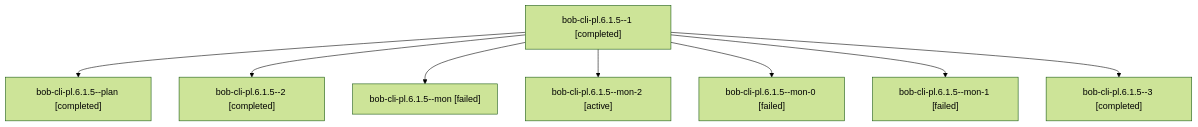
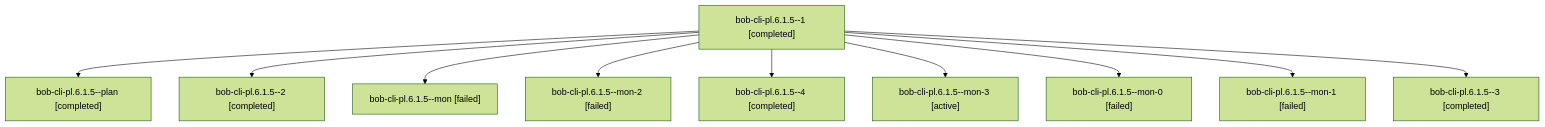
One commit to bobs-org/bob-cli--agents changed the diagram in sessions/bbugyi200.apollo.bob-cli-pl.6.1.5.md. Above: the diagram before and after it, drawn with Mermaid (forest theme). The commit also changed other lines of this file and 91 other files, not shown here.

````diff
--- a/sessions/bbugyi200.apollo.bob-cli-pl.6.1.5.md
+++ b/sessions/bbugyi200.apollo.bob-cli-pl.6.1.5.md
@@ -9,18 +9,22 @@
 ```mermaid
 flowchart TD
   n0["bob-cli-pl.6.1.5--1 [completed]"]
   n1["bob-cli-pl.6.1.5--plan [completed]"]
   n0 --> n1
   n2["bob-cli-pl.6.1.5--2 [completed]"]
   n0 --> n2
   n3["bob-cli-pl.6.1.5--mon [failed]"]
   n0 --> n3
-  n4["bob-cli-pl.6.1.5--mon-2 [active]"]
+  n4["bob-cli-pl.6.1.5--mon-2 [failed]"]
   n0 --> n4
-  n5["bob-cli-pl.6.1.5--mon-0 [failed]"]
+  n5["bob-cli-pl.6.1.5--4 [completed]"]
   n0 --> n5
-  n6["bob-cli-pl.6.1.5--mon-1 [failed]"]
+  n6["bob-cli-pl.6.1.5--mon-3 [active]"]
   n0 --> n6
-  n7["bob-cli-pl.6.1.5--3 [completed]"]
+  n7["bob-cli-pl.6.1.5--mon-0 [failed]"]
   n0 --> n7
+  n8["bob-cli-pl.6.1.5--mon-1 [failed]"]
+  n0 --> n8
+  n9["bob-cli-pl.6.1.5--3 [completed]"]
+  n0 --> n9
 ```
````
